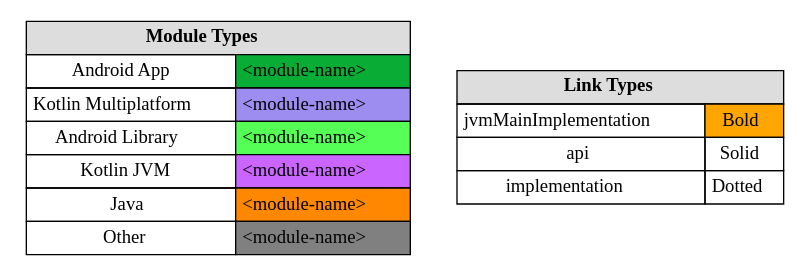
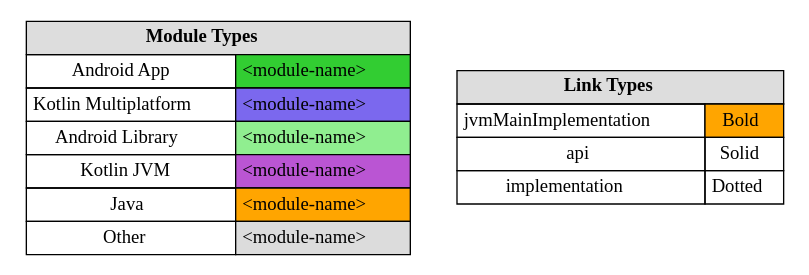
Before and after one commit to jonapoul/atlas: the diagram in sample/legend/legend.dot, drawn with Graphviz. The commit also changed 25 other files, not shown here.

```diff
--- a/sample/legend/legend.dot
+++ b/sample/legend/legend.dot
@@ -1,22 +1,22 @@
 digraph {
   node [shape=plaintext]
   modules [label=<
   <TABLE BORDER="0" CELLBORDER="1" CELLSPACING="0" CELLPADDING="4">
     <TR><TD COLSPAN="2" BGCOLOR="#DDDDDD"><B>Module Types</B></TD></TR>
-    <TR><TD>Android App</TD><TD BGCOLOR="#09AD35">&lt;module-name&gt;</TD></TR>
-    <TR><TD>Kotlin Multiplatform</TD><TD BGCOLOR="#9D8DF1">&lt;module-name&gt;</TD></TR>
-    <TR><TD>Android Library</TD><TD BGCOLOR="#55FF55">&lt;module-name&gt;</TD></TR>
-    <TR><TD>Kotlin JVM</TD><TD BGCOLOR="#CA66FF">&lt;module-name&gt;</TD></TR>
-    <TR><TD>Java</TD><TD BGCOLOR="#FF8800">&lt;module-name&gt;</TD></TR>
-    <TR><TD>Other</TD><TD BGCOLOR="#808080">&lt;module-name&gt;</TD></TR>
+    <TR><TD>Android App</TD><TD BGCOLOR="limegreen">&lt;module-name&gt;</TD></TR>
+    <TR><TD>Kotlin Multiplatform</TD><TD BGCOLOR="mediumslateblue">&lt;module-name&gt;</TD></TR>
+    <TR><TD>Android Library</TD><TD BGCOLOR="lightgreen">&lt;module-name&gt;</TD></TR>
+    <TR><TD>Kotlin JVM</TD><TD BGCOLOR="mediumorchid">&lt;module-name&gt;</TD></TR>
+    <TR><TD>Java</TD><TD BGCOLOR="orange">&lt;module-name&gt;</TD></TR>
+    <TR><TD>Other</TD><TD BGCOLOR="gainsboro">&lt;module-name&gt;</TD></TR>
   </TABLE>
   >];
   links [label=<
   <TABLE BORDER="0" CELLBORDER="1" CELLSPACING="0" CELLPADDING="4">
     <TR><TD COLSPAN="2" BGCOLOR="#DDDDDD"><B>Link Types</B></TD></TR>
     <TR><TD>jvmMainImplementation</TD><TD BGCOLOR="orange">Bold</TD></TR>
     <TR><TD>api</TD><TD>Solid</TD></TR>
     <TR><TD>implementation</TD><TD>Dotted</TD></TR>
   </TABLE>
   >];
 }
```
